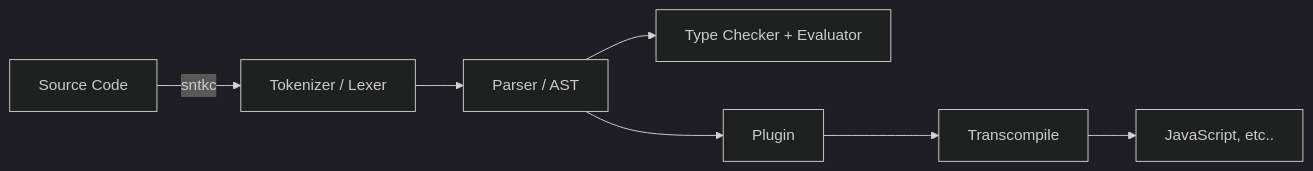
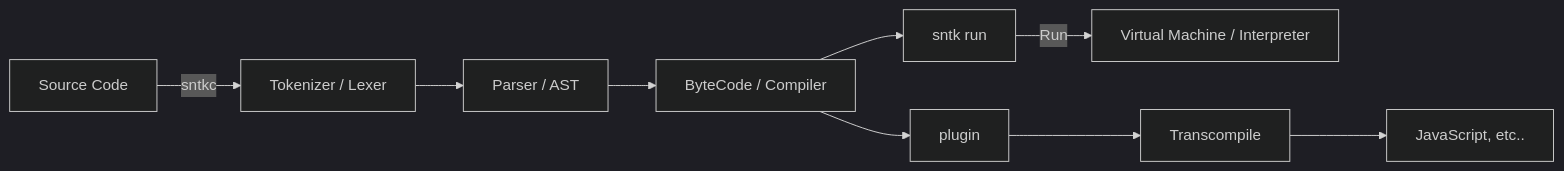
Before and after one commit to siglang/signature: the diagram in README.md, drawn with Mermaid (dark theme). The commit also changed other lines of this file, not shown here.

````diff
--- a/README.md
+++ b/README.md
@@ -47,9 +50,11 @@
 ```mermaid
 graph LR
     _[Source Code] --> |sntkc| Lexer
     Lexer[Tokenizer / Lexer] --> Parser[Parser / AST]
-    Parser --> Evaluator[Type Checker + Evaluator]
-    Parser --> Plugin[Plugin]
+    Parser --> Compiler[ByteCode / Compiler]
+    Compiler --> Run[sntk run]
+    Run --> |Run| VM[Virtual Machine / Interpreter]
+    Compiler --> Plugin[plugin]
     Plugin --> Transcompile[Transcompile]
     Transcompile --> TResult[JavaScript, etc..]
 ```
````
